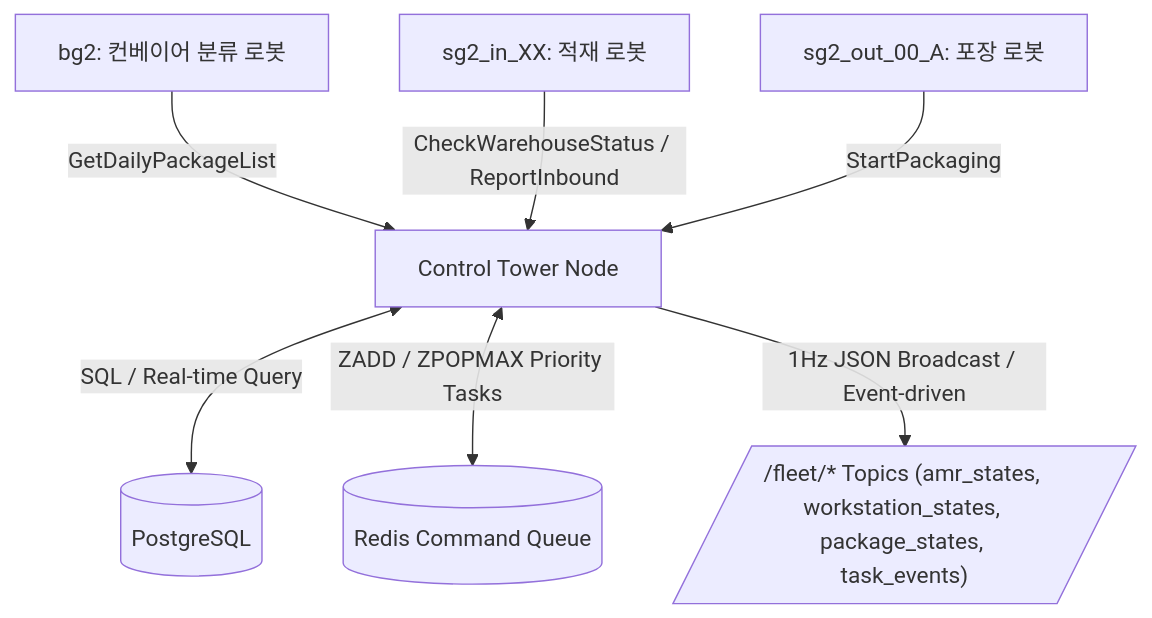
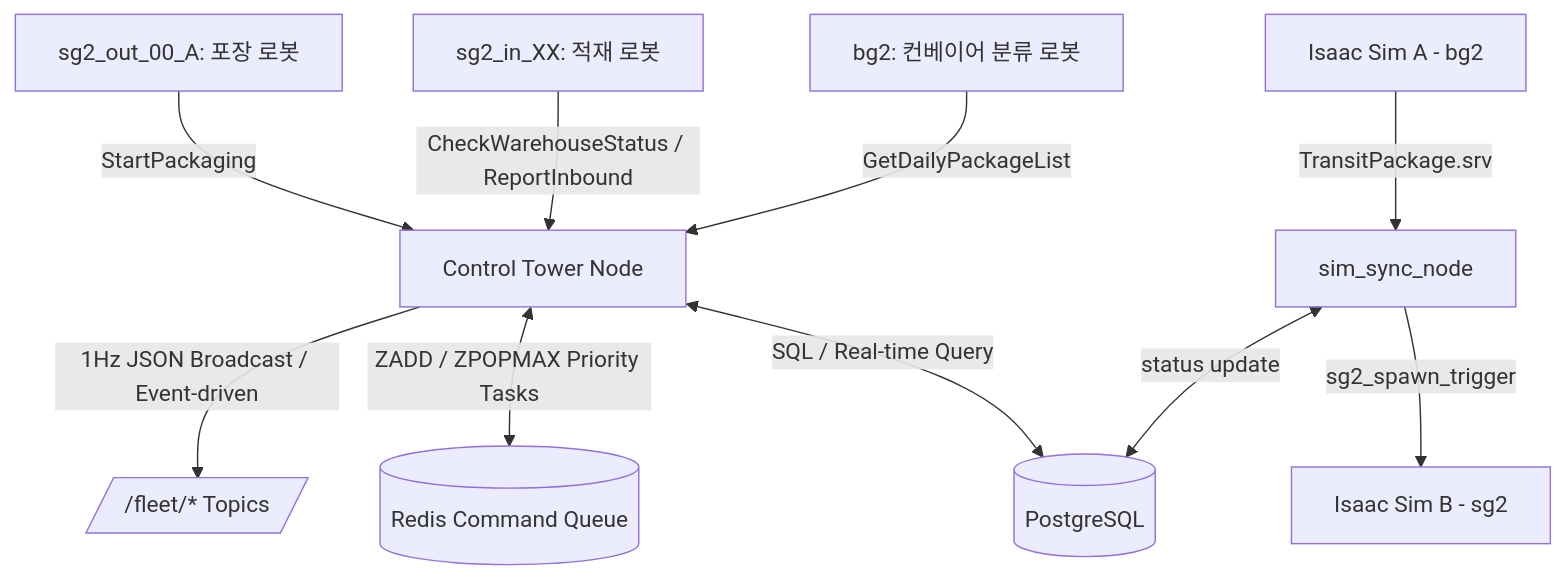
One commit to yjhyun0613/cobot3_ws changed the diagram in README.md. Above: the diagram before and after it, drawn with Mermaid. The commit also changed other lines of this file and 11 other files, not shown here.

````diff
--- a/README.md
+++ b/README.md
@@ -182,9 +192,12 @@
 ```mermaid
 graph TD
     Sorter[bg2: 컨베이어 분류 로봇] -->|GetDailyPackageList| CT[Control Tower Node]
     Inbound[sg2_in_XX: 적재 로봇] -->|CheckWarehouseStatus / ReportInbound| CT
     Outbound[sg2_out_00_A: 포장 로봇] -->|StartPackaging| CT
     CT <-->|SQL / Real-time Query| DB[(PostgreSQL)]
     CT <-->|ZADD / ZPOPMAX Priority Tasks| Redis[(Redis Command Queue)]
-    CT -->|1Hz JSON Broadcast / Event-driven| Fleet[/"/fleet/* Topics (amr_states, workstation_states, package_states, task_events)"/]
+    CT -->|1Hz JSON Broadcast / Event-driven| Fleet[/"/fleet/* Topics"/]
+    IsaacBG2[Isaac Sim A - bg2] -->|TransitPackage.srv| SimSync[sim_sync_node]
+    SimSync -->|sg2_spawn_trigger| IsaacSG2[Isaac Sim B - sg2]
+    SimSync <-->|status update| DB
 ```
````
